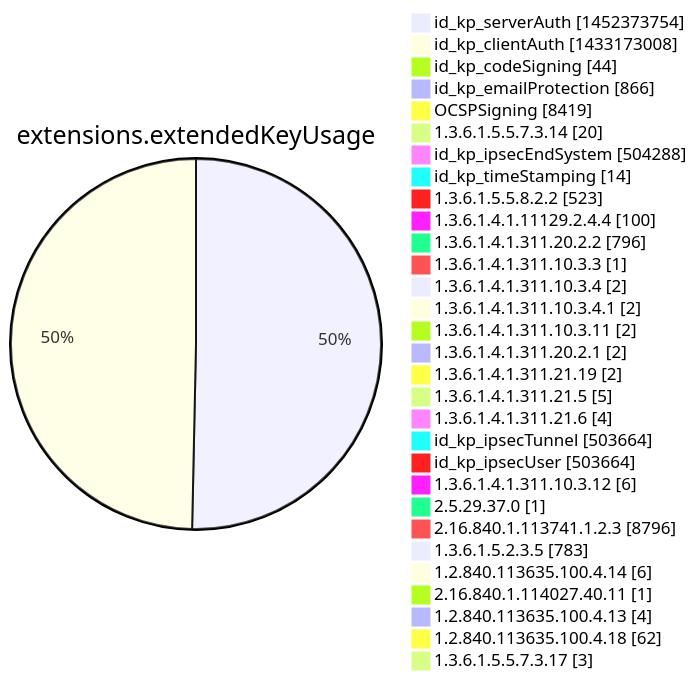
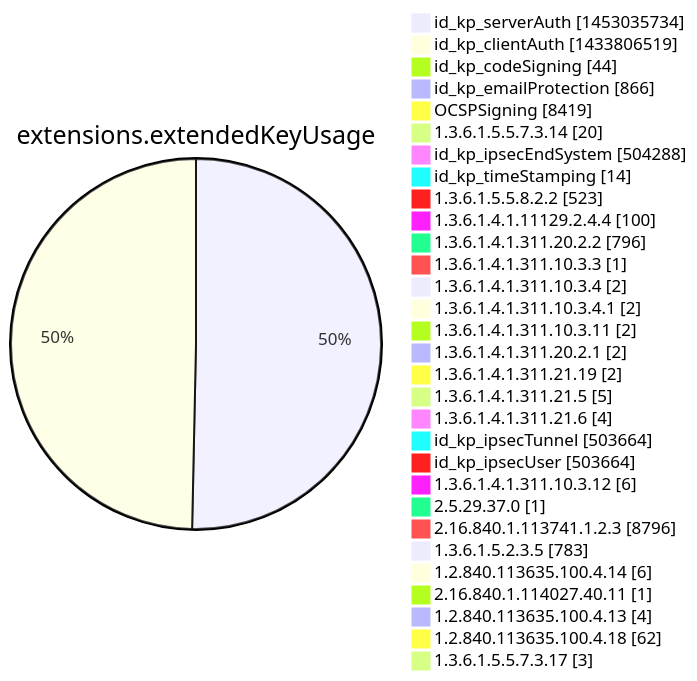
One commit to christiankrug/ctmonitor_visualization changed diagram 12 of 15 in argon2022/README.md. Above: the diagram before and after it, drawn with Mermaid. The commit also changed other lines of this file, not shown here.

````diff
--- a/argon2022/README.md
+++ b/argon2022/README.md
@@ -3555,34 +3555,34 @@
 ```mermaid
 pie showData
 title extensions.extendedKeyUsage
-"id_kp_serverAuth" :1452373754
-"id_kp_clientAuth" :1433173008
+"id_kp_serverAuth" :1453035734
+"id_kp_clientAuth" :1433806519
 "id_kp_codeSigning" :44
 "id_kp_emailProtection" :866
 "OCSPSigning" :8419
 "1.3.6.1.5.5.7.3.14" :20
 "id_kp_ipsecEndSystem" :504288
 "id_kp_timeStamping" :14
 "1.3.6.1.5.5.8.2.2" :523
 "1.3.6.1.4.1.11129.2.4.4" :100
 "1.3.6.1.4.1.311.20.2.2" :796
 "1.3.6.1.4.1.311.10.3.3" :1
 "1.3.6.1.4.1.311.10.3.4" :2
 "1.3.6.1.4.1.311.10.3.4.1" :2
 "1.3.6.1.4.1.311.10.3.11" :2
 "1.3.6.1.4.1.311.20.2.1" :2
 "1.3.6.1.4.1.311.21.19" :2
 "1.3.6.1.4.1.311.21.5" :5
 "1.3.6.1.4.1.311.21.6" :4
 "id_kp_ipsecTunnel" :503664
 "id_kp_ipsecUser" :503664
 "1.3.6.1.4.1.311.10.3.12" :6
 "2.5.29.37.0" :1
 "2.16.840.1.113741.1.2.3" :8796
 "1.3.6.1.5.2.3.5" :783
 "1.2.840.113635.100.4.14" :6
 "2.16.840.1.114027.40.11" :1
 "1.2.840.113635.100.4.13" :4
 "1.2.840.113635.100.4.18" :62
 "1.3.6.1.5.5.7.3.17" :3
 ```
````
